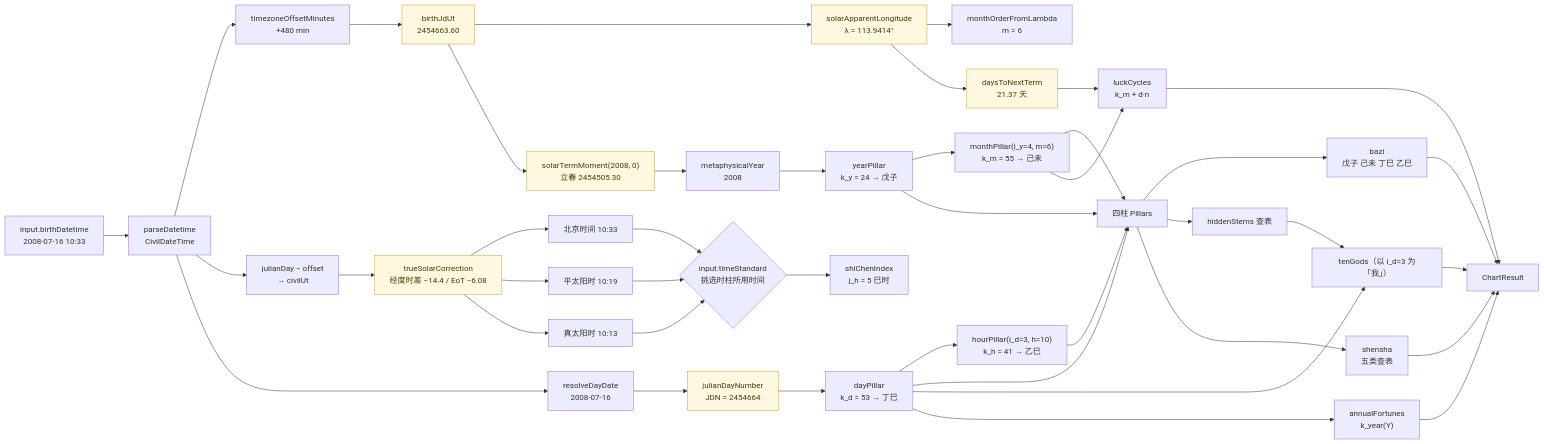
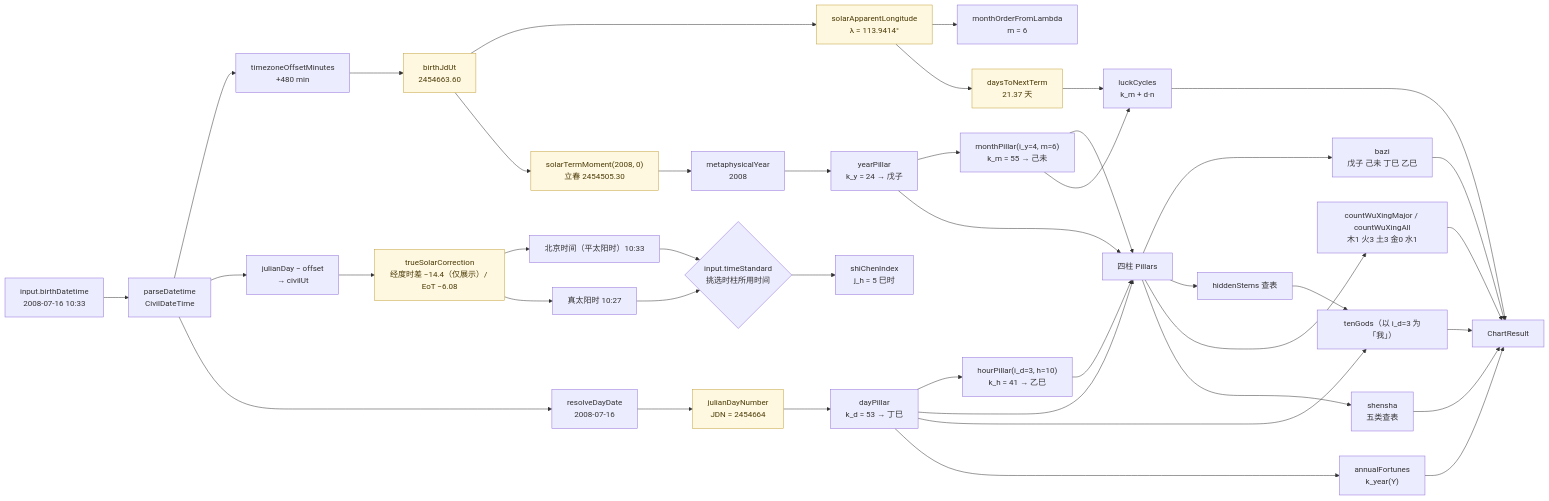
The fourth of 9 diagrams in doc/bazi-call-graph.md (yunzheyue-star/BaZi), drawn with Mermaid before and after one commit. The commit also changed other lines of this file and 16 other files, not shown here.

````diff
--- a/doc/bazi-call-graph.md
+++ b/doc/bazi-call-graph.md
@@ -290,53 +295,53 @@
 ```mermaid
 flowchart LR
     A["input.birthDatetime<br/>2008-07-16 10:33"] --> B["parseDatetime<br/>CivilDateTime"]
     B --> C["timezoneOffsetMinutes<br/>+480 min"]
     C --> D["birthJdUt<br/>2454663.60"]
     B --> E["julianDay − offset<br/>→ civilUt"]
-    E --> F["trueSolarCorrection<br/>经度时差 −14.4 / EoT −6.08"]
-    F --> G0["北京时间 10:33"]
-    F --> G1["平太阳时 10:19"]
-    F --> G2["真太阳时 10:13"]
+    E --> F["trueSolarCorrection<br/>经度时差 −14.4（仅展示）/ EoT −6.08"]
+    F --> G0["北京时间（平太阳时）10:33"]
+    F --> G2["真太阳时 10:27"]
     G0 --> G{"input.timeStandard<br/>挑选时柱所用时间"}
-    G1 --> G
     G2 --> G
 
     D --> H["solarApparentLongitude<br/>λ = 113.9414°"]
     D --> I["solarTermMoment(2008, 0)<br/>立春 2454505.30"]
     I --> J["metaphysicalYear<br/>2008"]
     J --> K["yearPillar<br/>k_y = 24 → 戊子"]
 
     H --> L["monthOrderFromLambda<br/>m = 6"]
     K --> M["monthPillar(i_y=4, m=6)<br/>k_m = 55 → 己未"]
 
     B --> N["resolveDayDate<br/>2008-07-16"]
     N --> O["julianDayNumber<br/>JDN = 2454664"]
     O --> P["dayPillar<br/>k_d = 53 → 丁巳"]
 
     G --> Q["shiChenIndex<br/>j_h = 5 巳时"]
     P --> R["hourPillar(i_d=3, h=10)<br/>k_h = 41 → 乙巳"]
 
     K --> S["四柱 Pillars"]
     M --> S
     P --> S
     R --> S
     S --> T["bazi<br/>戊子 己未 丁巳 乙巳"]
     S --> U["hiddenStems 查表"]
     P --> V["tenGods（以 i_d=3 为「我」）"]
     U --> V
+    S --> V2["countWuXingMajor / countWuXingAll<br/>木1 火3 土3 金0 水1"]
 
     H --> W["daysToNextTerm<br/>21.37 天"]
     M --> X["luckCycles<br/>k_m + d·n"]
     W --> X
     P --> Y["annualFortunes<br/>k_year(Y)"]
     S --> Z["shensha<br/>五类查表"]
 
     X --> R2["ChartResult"]
     Y --> R2
     Z --> R2
     V --> R2
+    V2 --> R2
     T --> R2
 
     classDef num fill:#fff8e1,stroke:#c2a13a,color:#4a3a05
     class D,F,H,I,O,W num
 ```
````
